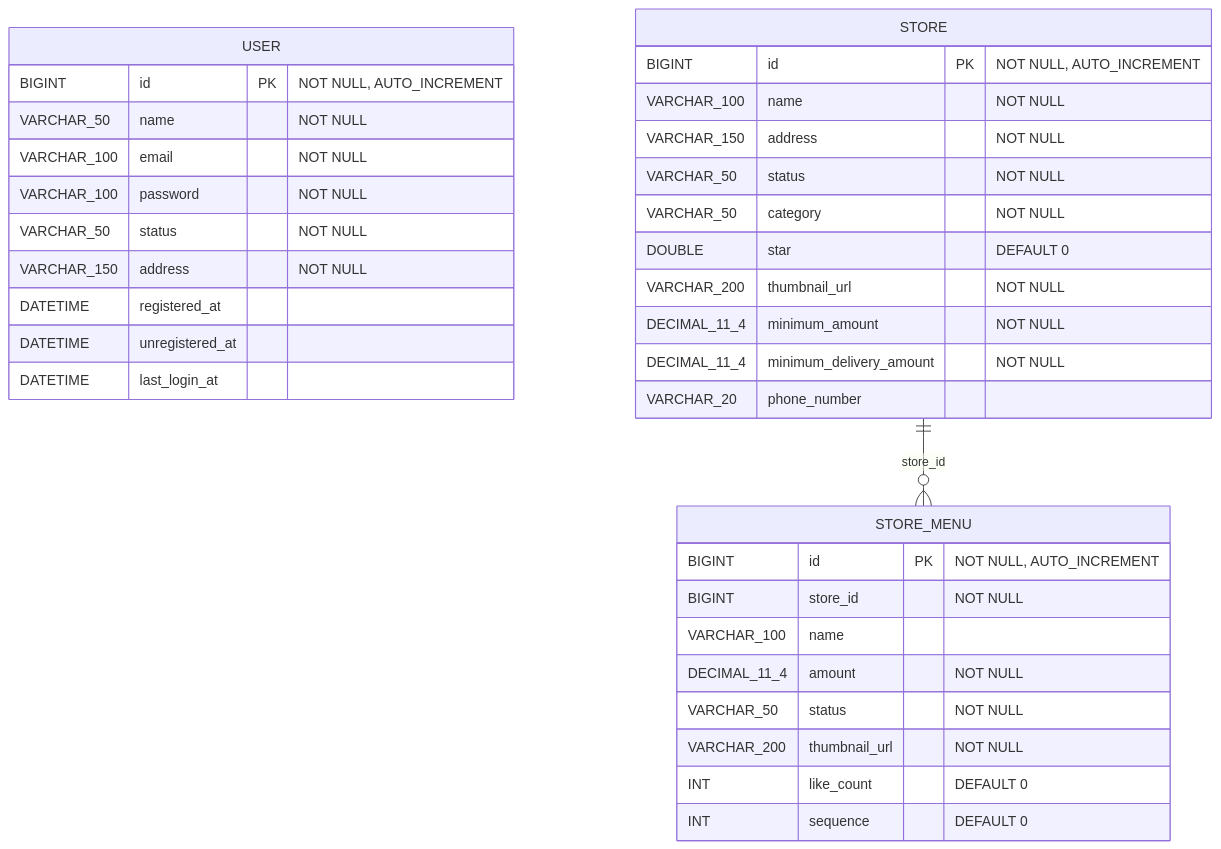
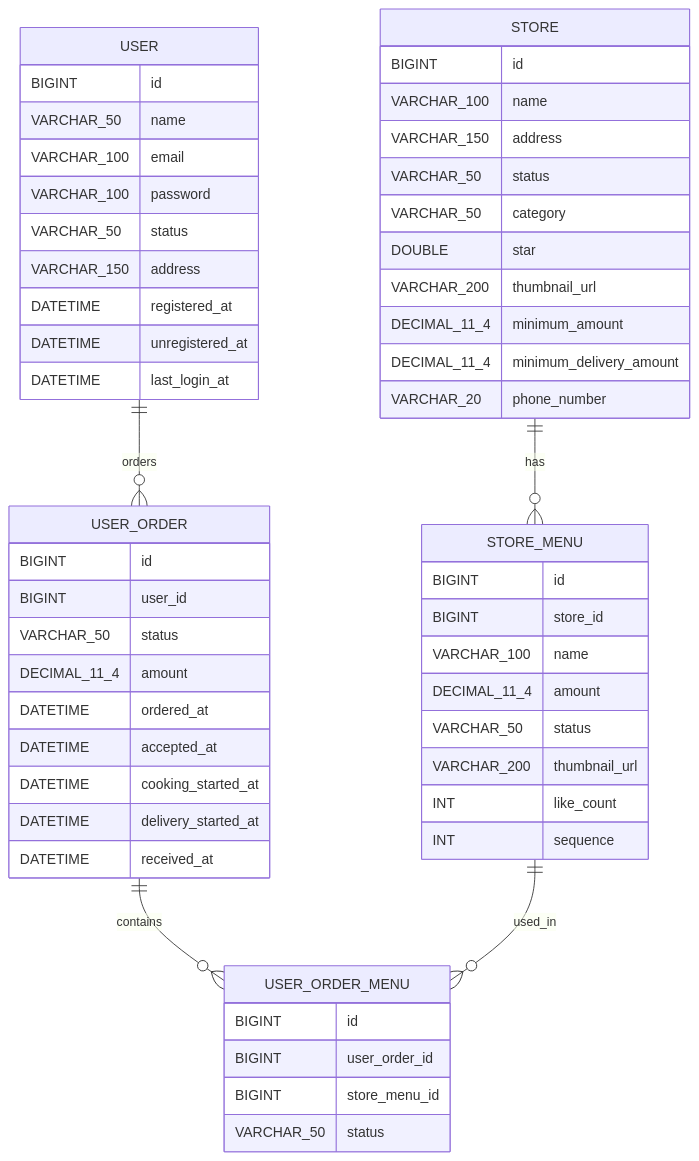
The diagram in README.md (cdev2025/service), drawn with Mermaid before and after one commit.

Commit message:
[2025-11-26] README 파일: (ERD) user_order, user_order_menu 테이블 추가

````diff
--- a/README.md
+++ b/README.md
@@ -3,40 +3,63 @@
 ```mermaid
 erDiagram
-USER {
-BIGINT id PK "NOT NULL, AUTO_INCREMENT"
-VARCHAR_50 name "NOT NULL"
-VARCHAR_100 email "NOT NULL"
-VARCHAR_100 password "NOT NULL"
-VARCHAR_50 status "NOT NULL"
-VARCHAR_150 address "NOT NULL"
-DATETIME registered_at
-DATETIME unregistered_at
-DATETIME last_login_at
-}
+    USER {
+        BIGINT id
+        VARCHAR_50 name
+        VARCHAR_100 email
+        VARCHAR_100 password
+        VARCHAR_50 status
+        VARCHAR_150 address
+        DATETIME registered_at
+        DATETIME unregistered_at
+        DATETIME last_login_at
+    }
 
     STORE {
-        BIGINT id PK "NOT NULL, AUTO_INCREMENT"
-        VARCHAR_100 name "NOT NULL"
-        VARCHAR_150 address "NOT NULL"
-        VARCHAR_50 status "NOT NULL"
-        VARCHAR_50 category "NOT NULL"
-        DOUBLE star "DEFAULT 0"
-        VARCHAR_200 thumbnail_url "NOT NULL"
-        DECIMAL_11_4 minimum_amount "NOT NULL"
-        DECIMAL_11_4 minimum_delivery_amount "NOT NULL"
+        BIGINT id
+        VARCHAR_100 name
+        VARCHAR_150 address
+        VARCHAR_50 status
+        VARCHAR_50 category
+        DOUBLE star
+        VARCHAR_200 thumbnail_url
+        DECIMAL_11_4 minimum_amount
+        DECIMAL_11_4 minimum_delivery_amount
         VARCHAR_20 phone_number
     }
 
     STORE_MENU {
-        BIGINT id PK "NOT NULL, AUTO_INCREMENT"
-        BIGINT store_id "NOT NULL"
+        BIGINT id
+        BIGINT store_id
         VARCHAR_100 name
-        DECIMAL_11_4 amount "NOT NULL"
-        VARCHAR_50 status "NOT NULL"
-        VARCHAR_200 thumbnail_url "NOT NULL"
-        INT like_count "DEFAULT 0"
-        INT sequence "DEFAULT 0"
+        DECIMAL_11_4 amount
+        VARCHAR_50 status
+        VARCHAR_200 thumbnail_url
+        INT like_count
+        INT sequence
     }
 
-    STORE ||--o{ STORE_MENU : "store_id"
+    USER_ORDER {
+        BIGINT id
+        BIGINT user_id
+        VARCHAR_50 status
+        DECIMAL_11_4 amount
+        DATETIME ordered_at
+        DATETIME accepted_at
+        DATETIME cooking_started_at
+        DATETIME delivery_started_at
+        DATETIME received_at
+    }
+
+    USER_ORDER_MENU {
+        BIGINT id
+        BIGINT user_order_id
+        BIGINT store_menu_id
+        VARCHAR_50 status
+    }
+
+    %% 관계 정의
+    STORE ||--o{ STORE_MENU : has
+    USER ||--o{ USER_ORDER : orders
+    USER_ORDER ||--o{ USER_ORDER_MENU : contains
+    STORE_MENU ||--o{ USER_ORDER_MENU : used_in
 ```
````
